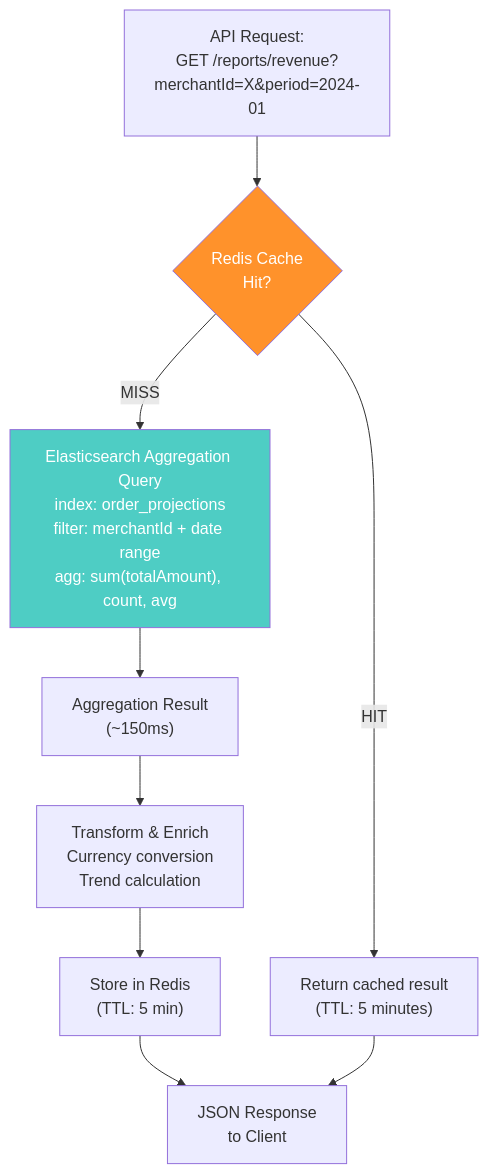
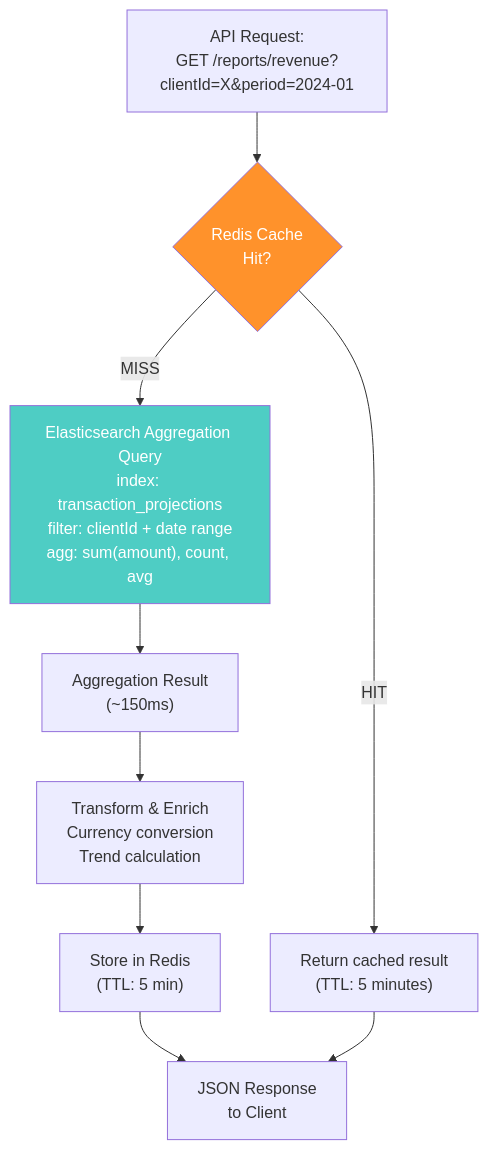
Before and after one commit to makeitfine-org/reporting: the tenth of 12 diagrams in architecture and decoupling.md, drawn with Mermaid. The commit also changed other lines of this file and 3 other files, not shown here.

Commit message:
docs: re-domain architecture doc from e-commerce to core banking

````diff
--- a/architecture and decoupling.md
+++ b/architecture and decoupling.md
@@ -706,30 +706,30 @@
 ```mermaid
 graph TB
-    Query["API Request:<br/>GET /reports/revenue?merchantId=X&period=2024-01"]
+    Query["API Request:<br/>GET /reports/revenue?clientId=X&period=2024-01"]
 
     Cache{"Redis Cache<br/>Hit?"}
 
     CacheHit["Return cached result<br/>(TTL: 5 minutes)"]
 
-    ESQuery["Elasticsearch Aggregation Query<br/>index: order_projections<br/>filter: merchantId + date range<br/>agg: sum(totalAmount), count, avg"]
+    ESQuery["Elasticsearch Aggregation Query<br/>index: transaction_projections<br/>filter: clientId + date range<br/>agg: sum(amount), count, avg"]
 
     ESResult["Aggregation Result<br/>(~150ms)"]
 
     Transform["Transform & Enrich<br/>Currency conversion<br/>Trend calculation"]
 
     CacheStore["Store in Redis<br/>(TTL: 5 min)"]
 
     Response["JSON Response<br/>to Client"]
 
     Query --> Cache
     Cache -->|HIT| CacheHit
     Cache -->|MISS| ESQuery
     ESQuery --> ESResult
     ESResult --> Transform
     Transform --> CacheStore
     CacheStore --> Response
     CacheHit --> Response
 
     style Cache fill:#ff922b,color:#fff
     style ESQuery fill:#4ecdc4,color:#fff
 ```
````
